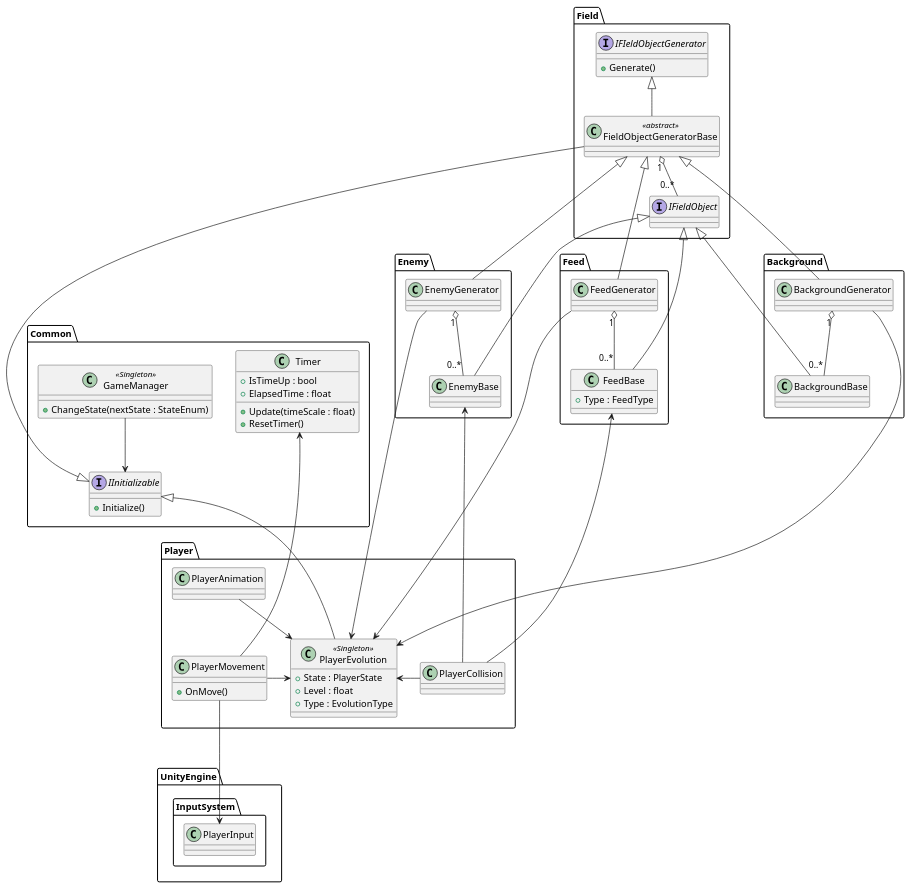
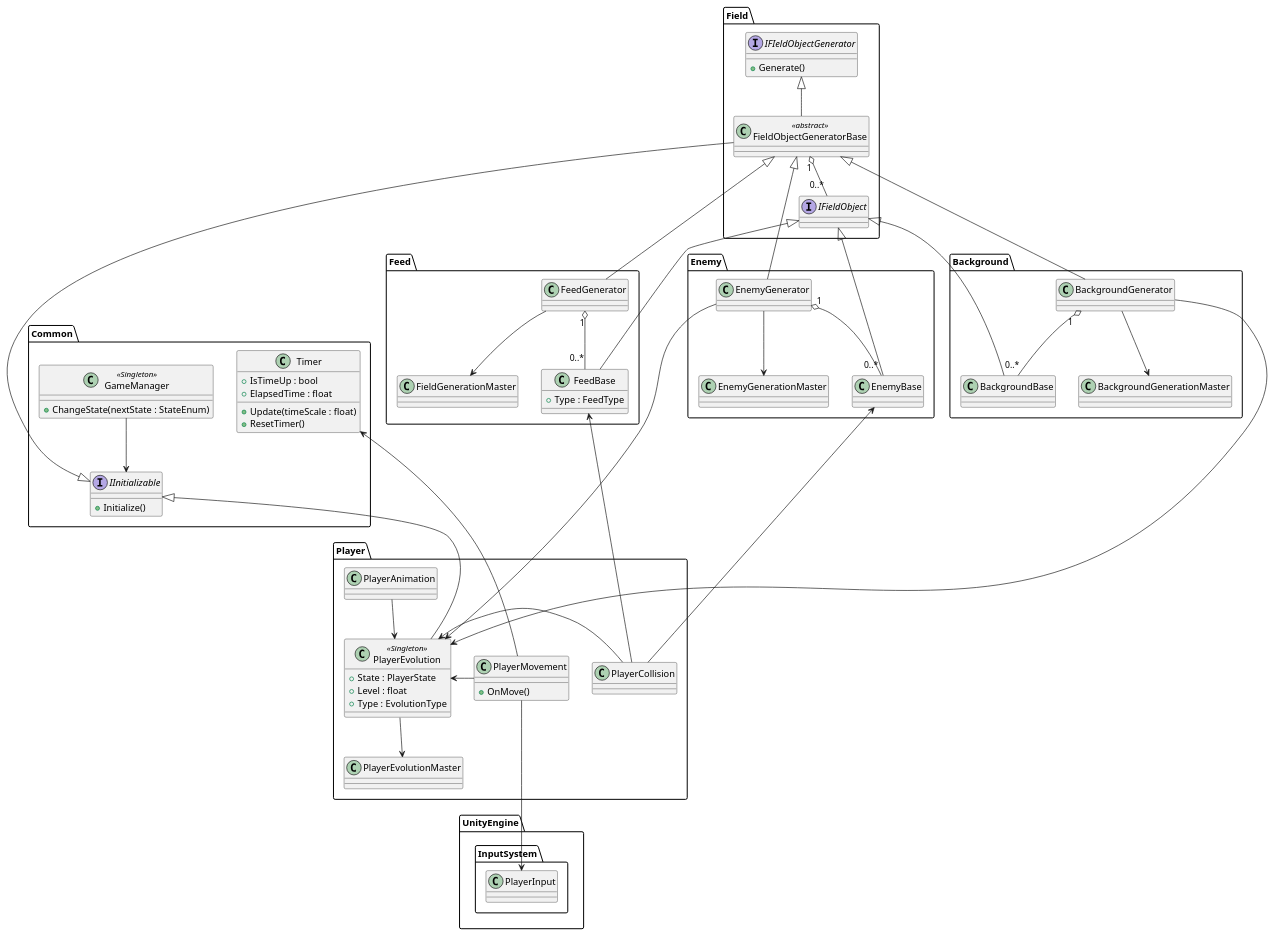
Before and after one commit to Donguri-AcornSloth/GGJTUT23Team4: the diagram in UML/Game.pu, drawn with PlantUML.

Commit message:
マスタデータ（ScriptableObject）のクラスを図に追加。

```diff
--- a/UML/Game.pu
+++ b/UML/Game.pu
@@ -1,115 +1,125 @@
 @startuml Game
 
 ' InputSystem
 package UnityEngine.InputSystem {
     class PlayerInput
 }
 
 ' ゲーム共通
 package Common {
     class GameManager <<Singleton>> {
         + ChangeState(nextState : StateEnum)
     }
 
     interface IInitializable {
         + Initialize()
     }
 
     GameManager --> IInitializable
 
     class Timer {
         + IsTimeUp : bool
         + ElapsedTime : float
 
         + Update(timeScale : float)
         + ResetTimer()
     }
 }
 ' プレイヤー
 package Player {
     class PlayerEvolution <<Singleton>> {
         + State : PlayerState
         + Level : float
         + Type : EvolutionType
     }
     IInitializable <|--- PlayerEvolution
 
     class PlayerMovement {
         + OnMove()
     }
 
     PlayerMovement -> PlayerEvolution
     PlayerMovement ---> PlayerInput
     Timer <--- PlayerMovement
 
     class PlayerAnimation {
     }
 
     PlayerAnimation --> PlayerEvolution
 
     class PlayerCollision {
     }
 
     PlayerCollision -> PlayerEvolution
+
+    class PlayerEvolutionMaster {
+    }
+    PlayerEvolution --> PlayerEvolutionMaster
 }
 
 ' フィールド共通
 package Field {
     interface IFieldObject {
     }
     interface IFIeldObjectGenerator {
         + Generate()
     }
 
     class FieldObjectGeneratorBase <<abstract>> {
     }
     IFIeldObjectGenerator <|-- FieldObjectGeneratorBase
     FieldObjectGeneratorBase -----|> IInitializable
 
     FieldObjectGeneratorBase "1" o-- "0..*" IFieldObject
 }
 
 ' 敵
 package Enemy {
     class EnemyBase {
     }
     EnemyBase --|> IFieldObject
 
     class EnemyGenerator {
     }
     FieldObjectGeneratorBase <|--- EnemyGenerator
     EnemyGenerator "1" o-- "0..*" EnemyBase
     EnemyGenerator ----> PlayerEvolution
+
+    EnemyGenerator --> EnemyGenerationMaster
 }
 
 ' 餌
 package Feed {
     class FeedBase {
         + Type : FeedType
     }
     FeedBase --|> IFieldObject
 
     class FeedGenerator {
     }
     FieldObjectGeneratorBase <|--- FeedGenerator
     FeedGenerator "1" o-- "0..*" FeedBase
-    FeedGenerator ----> PlayerEvolution
+
+    FeedGenerator --> FieldGenerationMaster
+
 }
 
 ' 背景・その他飾り
 package Background {
     class BackgroundBase {
     }
     BackgroundBase --|> IFieldObject
 
     class BackgroundGenerator {
     }
     FieldObjectGeneratorBase <|--- BackgroundGenerator
     BackgroundGenerator "1" o-- "0..*" BackgroundBase
     BackgroundGenerator ----> PlayerEvolution
+
+    BackgroundGenerator --> BackgroundGenerationMaster
 }
 
 FeedBase <-- PlayerCollision
 EnemyBase <-- PlayerCollision
 
 @enduml
```
